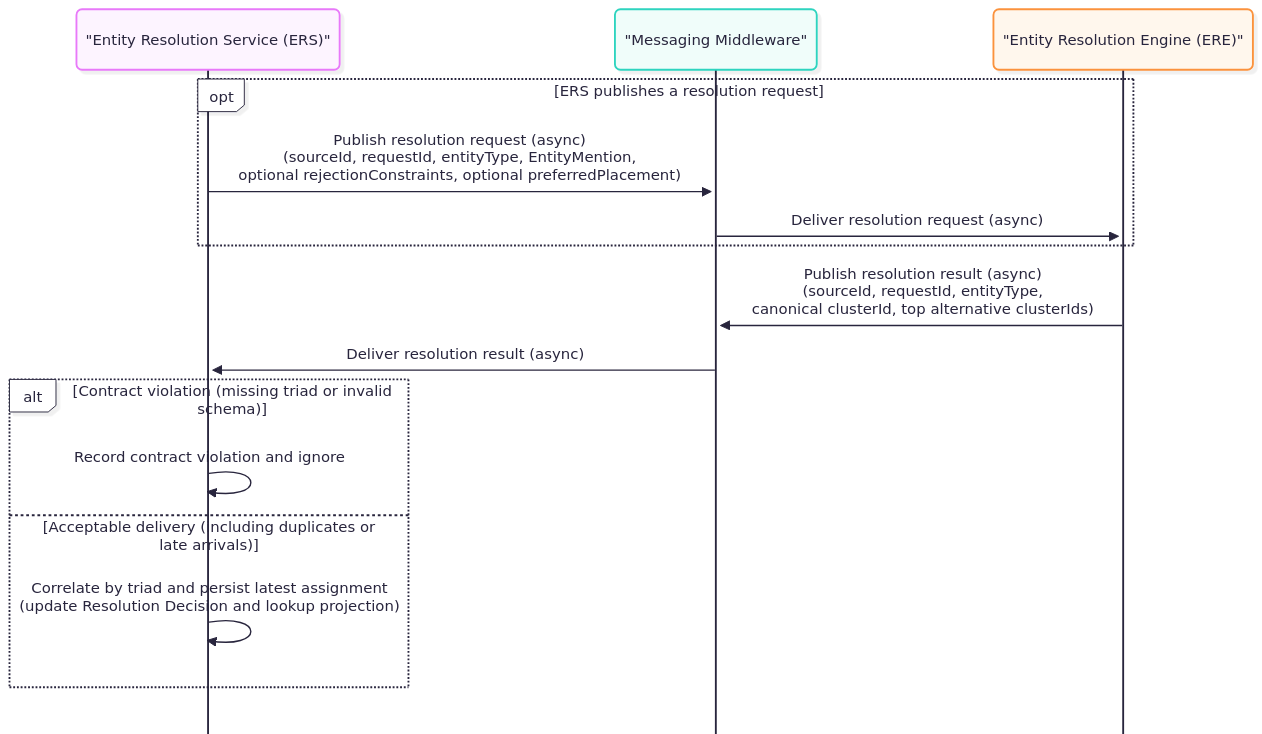
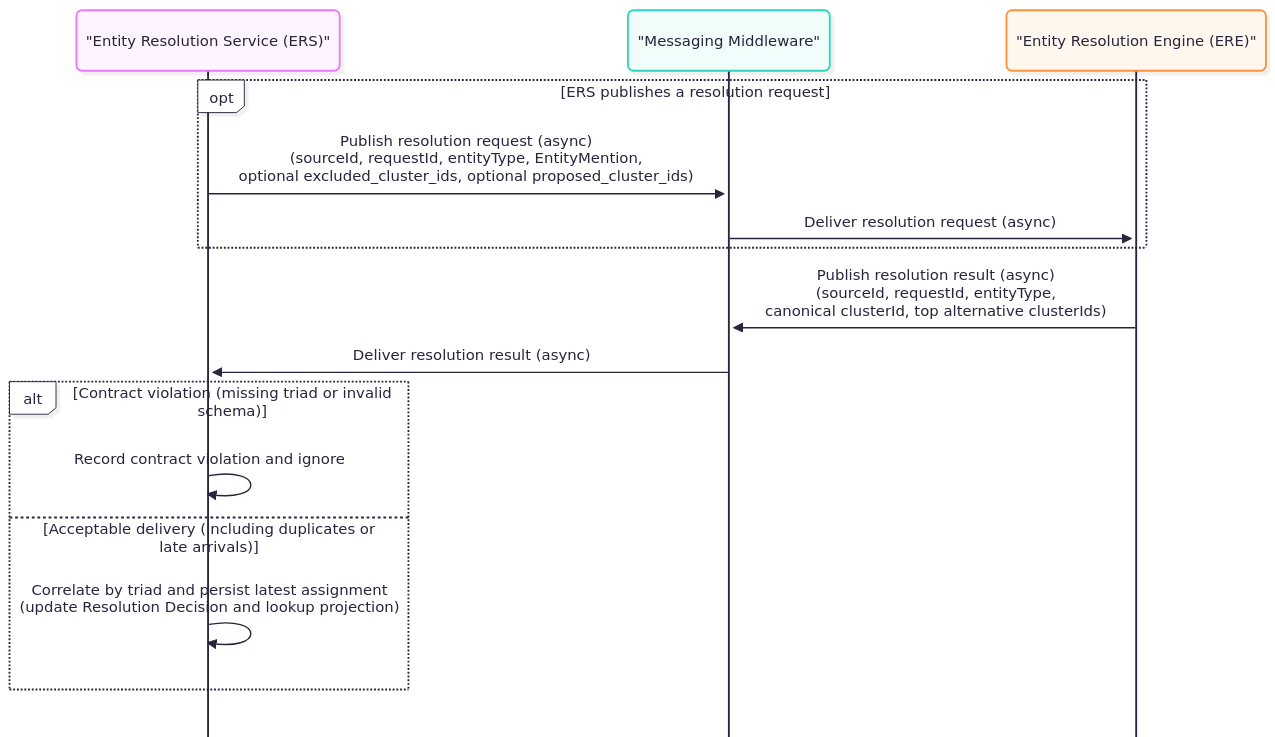
One commit to OP-TED/entity-resolution-spec changed the diagram in docs/architecture/sequence_diagrams/spine-B-ERS-ERE-async-exchange(simplified).mmd. Above: the diagram before and after it, drawn with Mermaid. The commit also changed 13 other files, not shown here.

First line of the commit message:
docs: align message descriptions, features and diagrams with the ERS-ERE behaviour of 1.1.0-rc.8

```diff
--- a/docs/architecture/sequence_diagrams/spine-B-ERS-ERE-async-exchange(simplified).mmd
+++ b/docs/architecture/sequence_diagrams/spine-B-ERS-ERE-async-exchange(simplified).mmd
@@ -1,42 +1,42 @@
 ---
 config:
   look: neo
   theme: redux-color
   mirrorActors: false
   sequence:
     bottomMarginAdj: 0.1
 ---
 sequenceDiagram
 %% Maps to EA diagram: UML Sequence (Spine B)
 %% Purpose: async resolution outcome integration and UC12 processing
 %% Covers: solicited outcomes (Spine A, Spine D) and unsolicited outcomes (engine initiated reclustering)
-%% Focus: triad correlation, optional constraints, at least once delivery tolerance
+%% Focus: triad correlation, optional constraints, duplicate and loss tolerance (no delivery guarantee)
 %% Excludes: client REST flows, detailed store choreography, scoring internals, curation UI
 
 %%box "Entity Resolution System (ERSys)"
     participant ERS as "Entity Resolution Service (ERS)"
 %%end
 
 participant MessagingMiddleware as "Messaging Middleware"
 
 %%box "Entity Resolution Engine (ERE)"
     participant ERE as "Entity Resolution Engine (ERE)"
 %%end
 
 opt ERS publishes a resolution request
-    ERS ->> MessagingMiddleware: Publish resolution request (async)<br/>(sourceId, requestId, entityType, EntityMention,<br/>optional rejectionConstraints, optional preferredPlacement)
+    ERS ->> MessagingMiddleware: Publish resolution request (async)<br/>(sourceId, requestId, entityType, EntityMention,<br/>optional excluded_cluster_ids, optional proposed_cluster_ids)
     MessagingMiddleware ->> ERE: Deliver resolution request (async)
 end
 
 %% Resolution outcome
 ERE ->> MessagingMiddleware: Publish resolution result (async)<br/>(sourceId, requestId, entityType,<br/>canonical clusterId, top alternative clusterIds)
 MessagingMiddleware ->> ERS: Deliver resolution result (async)
 
 %% UC12 processing
 alt Contract violation (missing triad or invalid schema)
     ERS ->> ERS: Record contract violation and ignore
 else Acceptable delivery (including duplicates or late arrivals)
     ERS ->> ERS: Correlate by triad and persist latest assignment<br/>(update Resolution Decision and lookup projection)
 end
 
-%% note right of ERS: Optional rejectionConstraints express negative evidence<br/>Optional preferredPlacement expresses recommended cluster assignment<br/>Outcomes may arrive without a preceding request due to engine initiated reclustering<br/>Messaging is at least once and results may be late or duplicated<br/>Completed client responses are not retroactively changed
+%% note right of ERS: Optional excluded_cluster_ids express negative evidence<br/>Optional proposed_cluster_ids expresses recommended cluster assignment<br/>Outcomes may arrive without a preceding request due to engine initiated reclustering<br/>Messaging gives no delivery guarantee; results may be late, duplicated or lost<br/>Completed client responses are not retroactively changed
```
